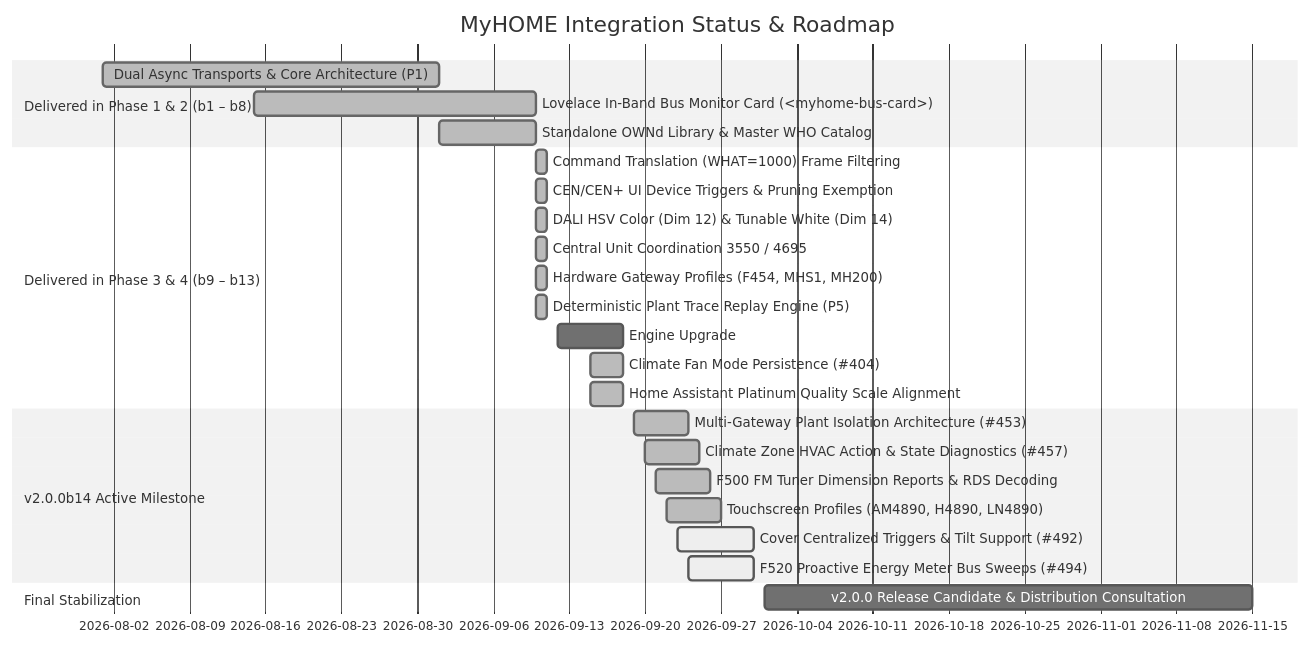
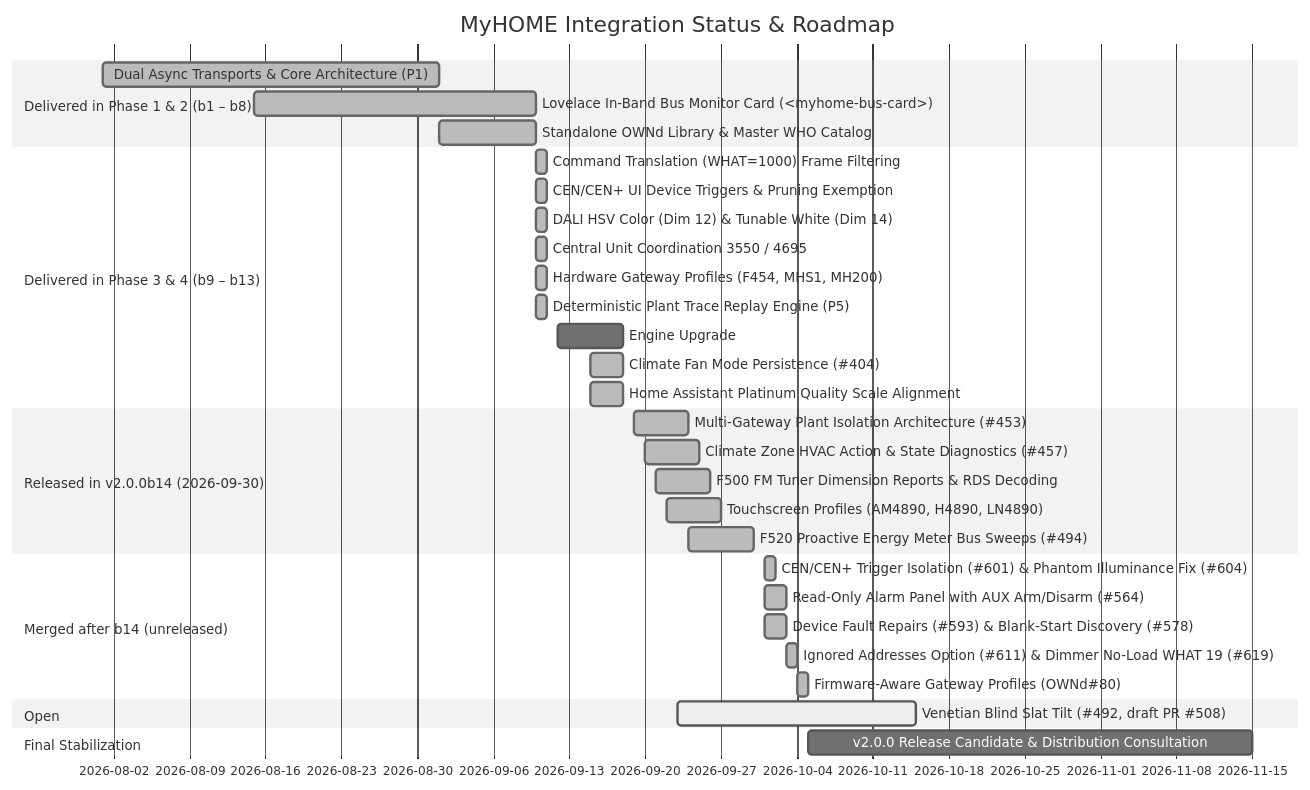
One commit to GreenGrassBlueOcean/MyHOME changed the first of 3 diagrams in docs/roadmap.md. Above: the diagram before and after it, drawn with Mermaid (neutral theme). The commit also changed other lines of this file, not shown here.

Commit message:
docs(roadmap): b14 is released; list what has merged since
The docs-site roadmap still called b14 the active milestone. It was published on
2026-09-30. Move its five delivered items under a released heading, add the main
changes merged after it, and keep slat tilt (#492, draft PR #508) as the one open
item instead of showing it as active in b14.

````diff
--- a/docs/roadmap.md
+++ b/docs/roadmap.md
@@ -17,28 +17,35 @@
 ```mermaid
 gantt
     title MyHOME Integration Status & Roadmap
     dateFormat  YYYY-MM-DD
     section Delivered in Phase 1 & 2 (b1 – b8)
     Dual Async Transports & Core Architecture (P1)   :done, 2026-08-01, 2026-09-01
     Lovelace In-Band Bus Monitor Card (<myhome-bus-card>) :done, 2026-08-15, 2026-09-10
     Standalone OWNd Library & Master WHO Catalog     :done, 2026-09-01, 2026-09-10
     section Delivered in Phase 3 & 4 (b9 – b13)
     Command Translation (WHAT=1000) Frame Filtering   :done, 2026-09-10, 2026-09-11
     CEN/CEN+ UI Device Triggers & Pruning Exemption  :done, 2026-09-10, 2026-09-11
     DALI HSV Color (Dim 12) & Tunable White (Dim 14) :done, 2026-09-10, 2026-09-11
     Central Unit Coordination 3550 / 4695            :done, 2026-09-10, 2026-09-11
     Hardware Gateway Profiles (F454, MHS1, MH200)   :done, 2026-09-10, 2026-09-11
     Deterministic Plant Trace Replay Engine (P5)     :done, 2026-09-10, 2026-09-11
     Engine Upgrade: OWNd 2.0.0b8 (HMAC SHA-1/SHA-256) :done, 2026-09-12, 2026-09-18
     Climate Fan Mode Persistence (#404)              :done, 2026-09-15, 2026-09-18
     Home Assistant Platinum Quality Scale Alignment  :done, 2026-09-15, 2026-09-18
-    section v2.0.0b14 Active Milestone
+    section Released in v2.0.0b14 (2026-09-30)
     Multi-Gateway Plant Isolation Architecture (#453) :done, 2026-09-19, 2026-09-24
     Climate Zone HVAC Action & State Diagnostics (#457) :done, 2026-09-20, 2026-09-25
     F500 FM Tuner Dimension Reports & RDS Decoding   :done, 2026-09-21, 2026-09-26
     Touchscreen Profiles (AM4890, H4890, LN4890)     :done, 2026-09-22, 2026-09-27
-    Cover Centralized Triggers & Tilt Support (#492) :active, 2026-09-23, 2026-09-30
-    F520 Proactive Energy Meter Bus Sweeps (#494)    :active, 2026-09-24, 2026-09-30
+    F520 Proactive Energy Meter Bus Sweeps (#494)    :done, 2026-09-24, 2026-09-30
+    section Merged after b14 (unreleased)
+    CEN/CEN+ Trigger Isolation (#601) & Phantom Illuminance Fix (#604) :done, 2026-10-01, 2026-10-02
+    Read-Only Alarm Panel with AUX Arm/Disarm (#564)  :done, 2026-10-01, 2026-10-03
+    Device Fault Repairs (#593) & Blank-Start Discovery (#578) :done, 2026-10-01, 2026-10-03
+    Ignored Addresses Option (#611) & Dimmer No-Load WHAT 19 (#619) :done, 2026-10-03, 2026-10-04
+    Firmware-Aware Gateway Profiles (OWNd#80)         :done, 2026-10-04, 2026-10-05
+    section Open
+    Venetian Blind Slat Tilt (#492, draft PR #508)    :active, 2026-09-23, 2026-10-15
     section Final Stabilization
-    v2.0.0 Release Candidate & Distribution Consultation :2026-10-01, 2026-11-15
+    v2.0.0 Release Candidate & Distribution Consultation :2026-10-05, 2026-11-15
 ```
````
